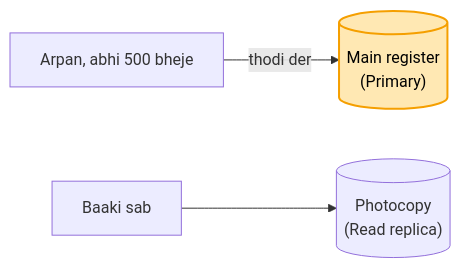
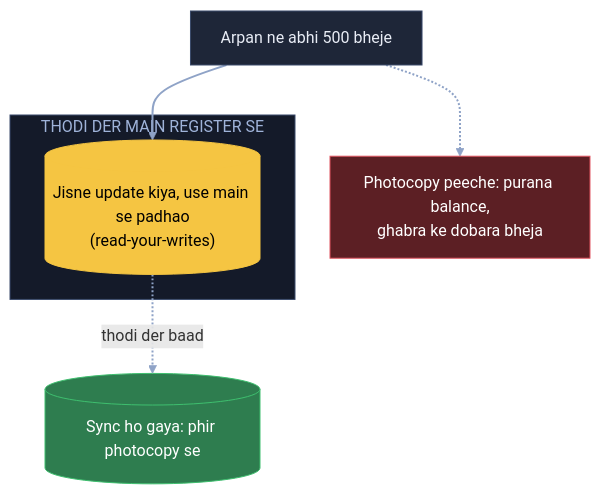
One commit to ArpanMaheshwari144/Prep changed the ninth of 20 diagrams in 04_HLD/SYSTEM_DESIGNS/13_banking_system/13_banking_system.md. Above: the diagram before and after it, drawn with Mermaid. The commit also changed other lines of this file, not shown here.

Commit message:
Banking: 20 diagram hand notes ke shabdon se (branch, register, diary, laptop, photocopy, chhotu)

````diff
--- a/04_HLD/SYSTEM_DESIGNS/13_banking_system/13_banking_system.md
+++ b/04_HLD/SYSTEM_DESIGNS/13_banking_system/13_banking_system.md
@@ -192,6 +296,18 @@
 ```mermaid
-flowchart LR
-    A["Arpan, abhi 500 bheje"] -- "thodi der" --> P[("Main register<br/>(Primary)")]
-    B["Baaki sab"] --> X[("Photocopy<br/>(Read replica)")]
-    style P fill:#ffe8b3,stroke:#f59f00,stroke-width:2px,color:#000
+flowchart TB
+    A["Arpan ne abhi 500 bheje"]:::card
+    X["Photocopy peeche: purana balance,<br/>ghabra ke dobara bheja"]:::bad
+    subgraph TD["THODI DER MAIN REGISTER SE"]
+        M[("Jisne update kiya, use main se padhao<br/>(read-your-writes)")]:::pill
+    end
+    P[("Sync ho gaya: phir photocopy se")]:::good
+    A --> M
+    A -.-> X
+    M -. "thodi der baad" .-> P
+    linkStyle default stroke:#8fa3c7,stroke-width:2px
+    classDef card fill:#1e2638,stroke:#3a4a6b,color:#e8ecf5
+    classDef pill fill:#f5c542,stroke:#f5c542,color:#000
+    classDef good fill:#2e7d4f,stroke:#3fbf6f,color:#fff
+    classDef bad fill:#5c1f24,stroke:#e05561,color:#fff
+    style TD fill:#141a29,stroke:#3a4a6b,color:#9fb3d9
 ```
````
